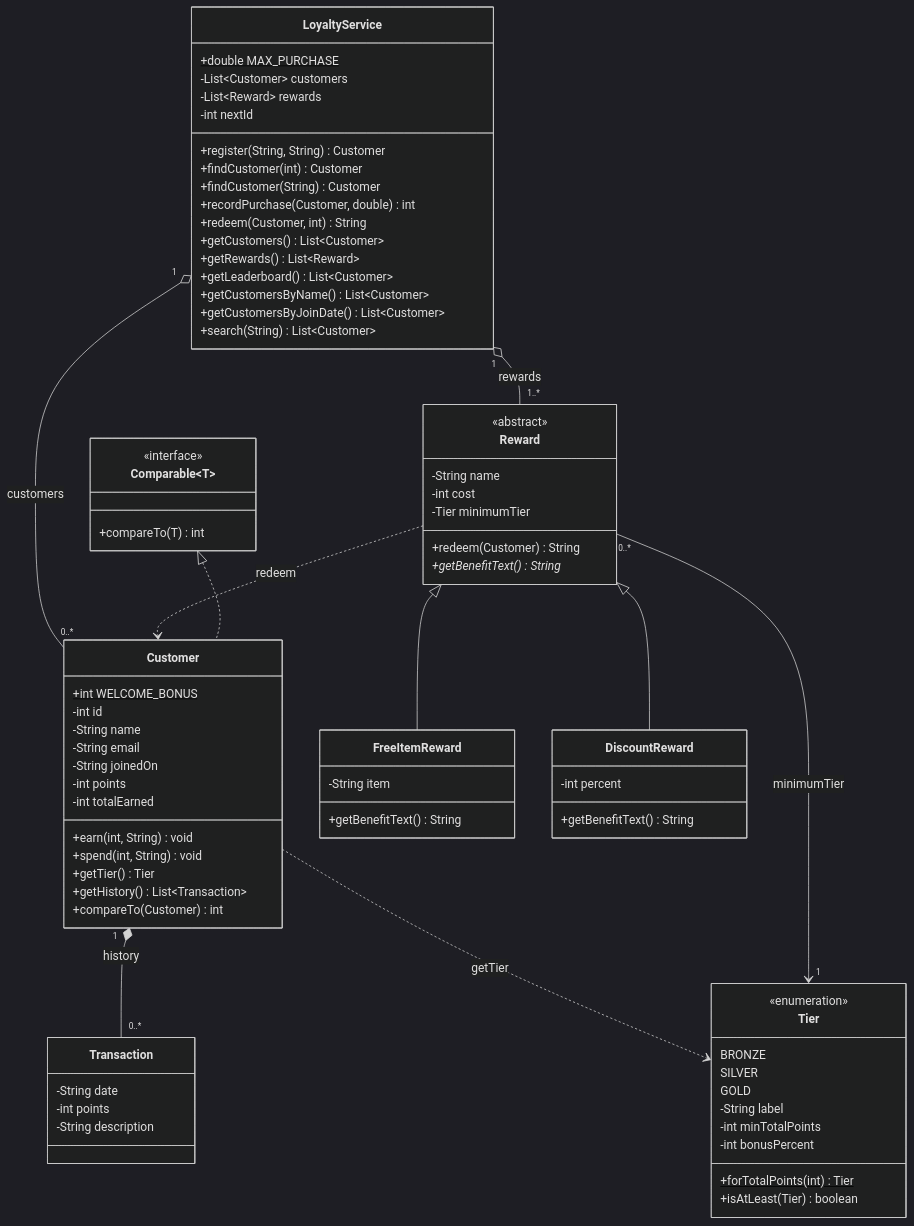
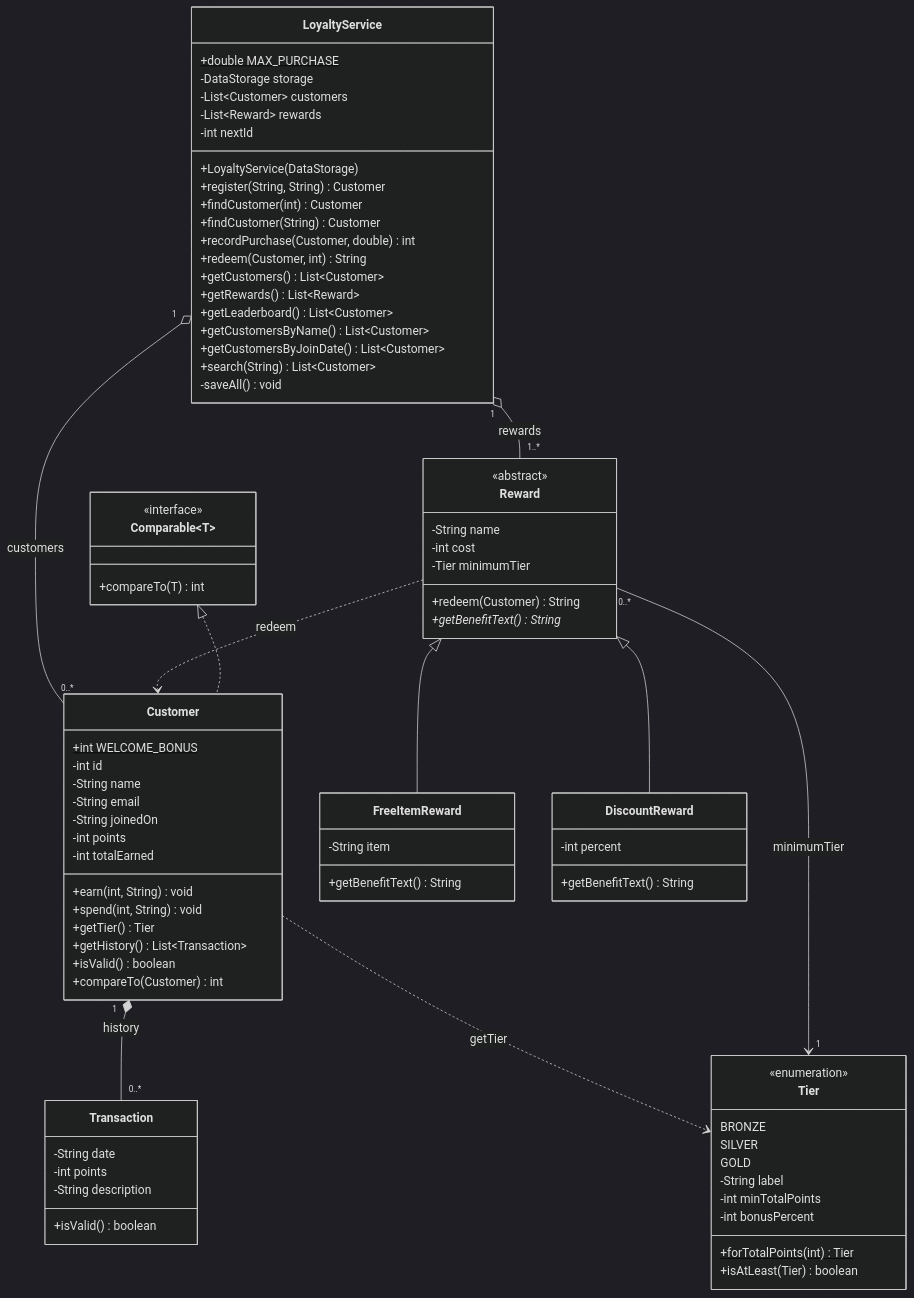
Before and after one commit to amrohus-maker/Final-Prog2-AmroHussein-LoyatyProgram: the first of 3 diagrams in docs/uml-class-diagram.md, drawn with Mermaid (dark theme). The commit also changed other lines of this file and 2 other files, not shown here.

Commit message:
Document the Factory Method pattern, the JSON file and the UML (#5)

```diff
--- a/docs/uml-class-diagram.md
+++ b/docs/uml-class-diagram.md
@@ -25,6 +24,7 @@
         +spend(int, String) void
         +getTier() Tier
         +getHistory() List~Transaction~
+        +isValid() boolean
         +compareTo(Customer) int
     }
 
@@ -32,6 +32,7 @@
         -String date
         -int points
         -String description
+        +isValid() boolean
     }
 
     class Tier {
@@ -72,9 +73,11 @@
 
     class LoyaltyService {
         +double MAX_PURCHASE$
+        -DataStorage storage
         -List~Customer~ customers
         -List~Reward~ rewards
         -int nextId
+        +LoyaltyService(DataStorage)
         +register(String, String) Customer
         +findCustomer(int) Customer
         +findCustomer(String) Customer
@@ -86,6 +89,7 @@
         +getCustomersByName() List~Customer~
         +getCustomersByJoinDate() List~Customer~
         +search(String) List~Customer~
+        -saveAll() void
     }
 
     LoyaltyService "1" o-- "0..*" Customer : customers
```
